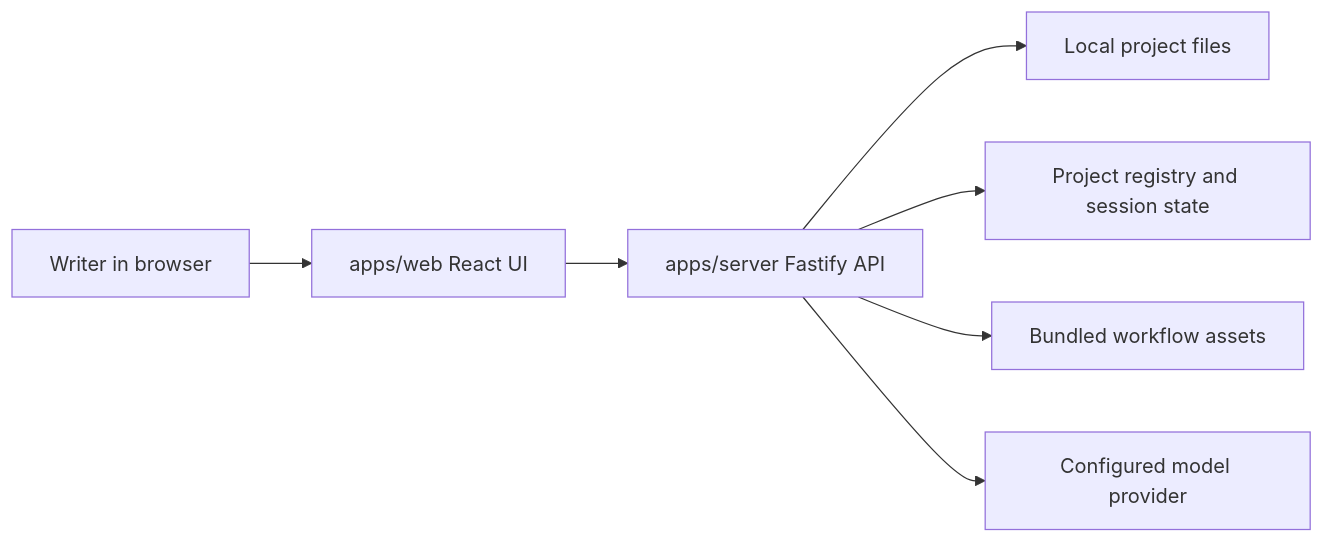
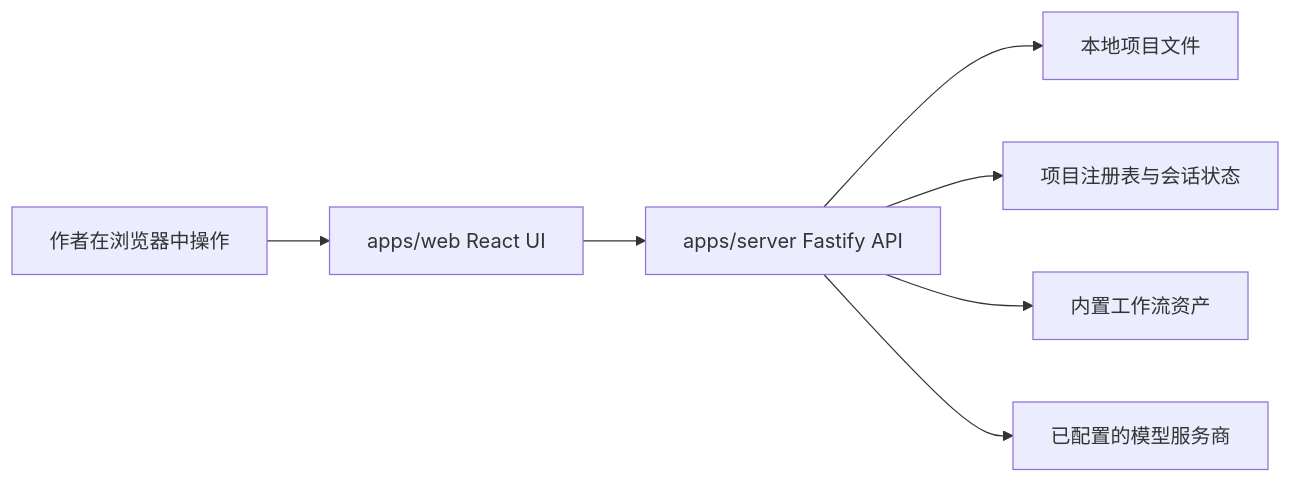
The diagram in docs/architecture.md (Te9ui1a/AuctorForge), drawn with Mermaid before and after one commit. The commit also changed other lines of this file and 13 other files, not shown here.

````diff
--- a/docs/architecture.md
+++ b/docs/architecture.md
@@ -16,9 +16,9 @@
 ```mermaid
 flowchart LR
-  Writer["Writer in browser"] --> Web["apps/web React UI"]
+  Writer["作者在浏览器中操作"] --> Web["apps/web React UI"]
   Web --> Api["apps/server Fastify API"]
-  Api --> Files["Local project files"]
-  Api --> State["Project registry and session state"]
-  Api --> Skills["Bundled workflow assets"]
-  Api --> Model["Configured model provider"]
+  Api --> Files["本地项目文件"]
+  Api --> State["项目注册表与会话状态"]
+  Api --> Skills["内置工作流资产"]
+  Api --> Model["已配置的模型服务商"]
 ```
````
